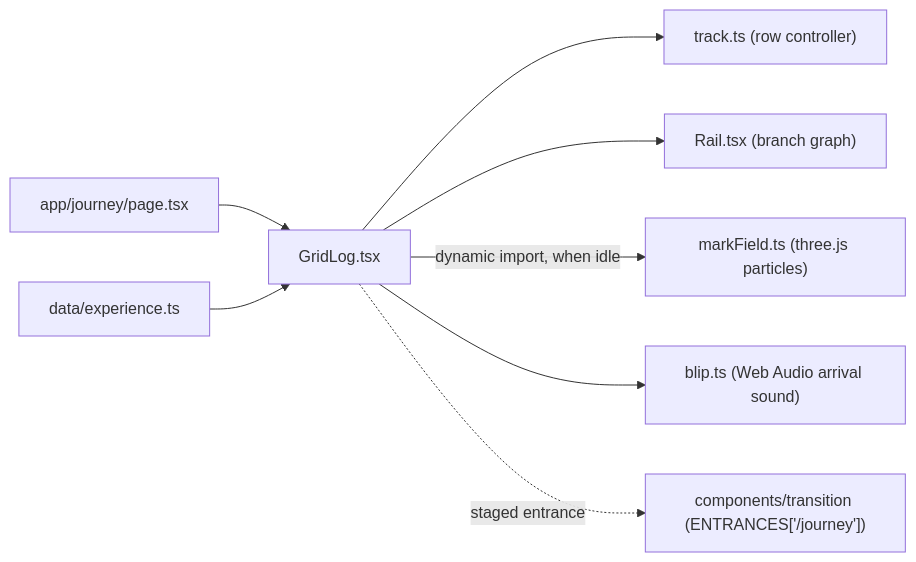
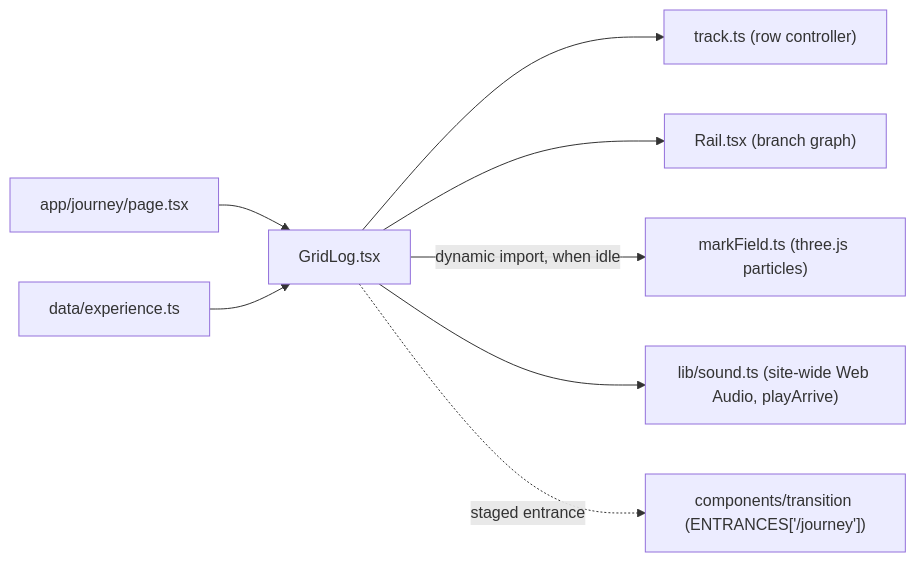
Before and after one commit to noowxela/portfolio: the diagram in docs/pages/journey-gridlog.md, drawn with Mermaid. The commit also changed other lines of this file and 13 other files, not shown here.

Commit message:
sound: site-wide lib/sound.ts; header + corner blips, contact close sound, header sound toggle

````diff
--- a/docs/pages/journey-gridlog.md
+++ b/docs/pages/journey-gridlog.md
@@ -7,10 +7,10 @@
 ```mermaid
 flowchart LR
   page[app/journey/page.tsx] --> gridlog[GridLog.tsx]
   data[data/experience.ts] --> gridlog
   gridlog --> track["track.ts (row controller)"]
   gridlog --> rail["Rail.tsx (branch graph)"]
   gridlog -->|dynamic import, when idle| field["markField.ts (three.js particles)"]
-  gridlog --> blip["blip.ts (Web Audio arrival sound)"]
+  gridlog --> sound["lib/sound.ts (site-wide Web Audio, playArrive)"]
   gridlog -.->|staged entrance| transition["components/transition (ENTRANCES['/journey'])"]
 ```
````
